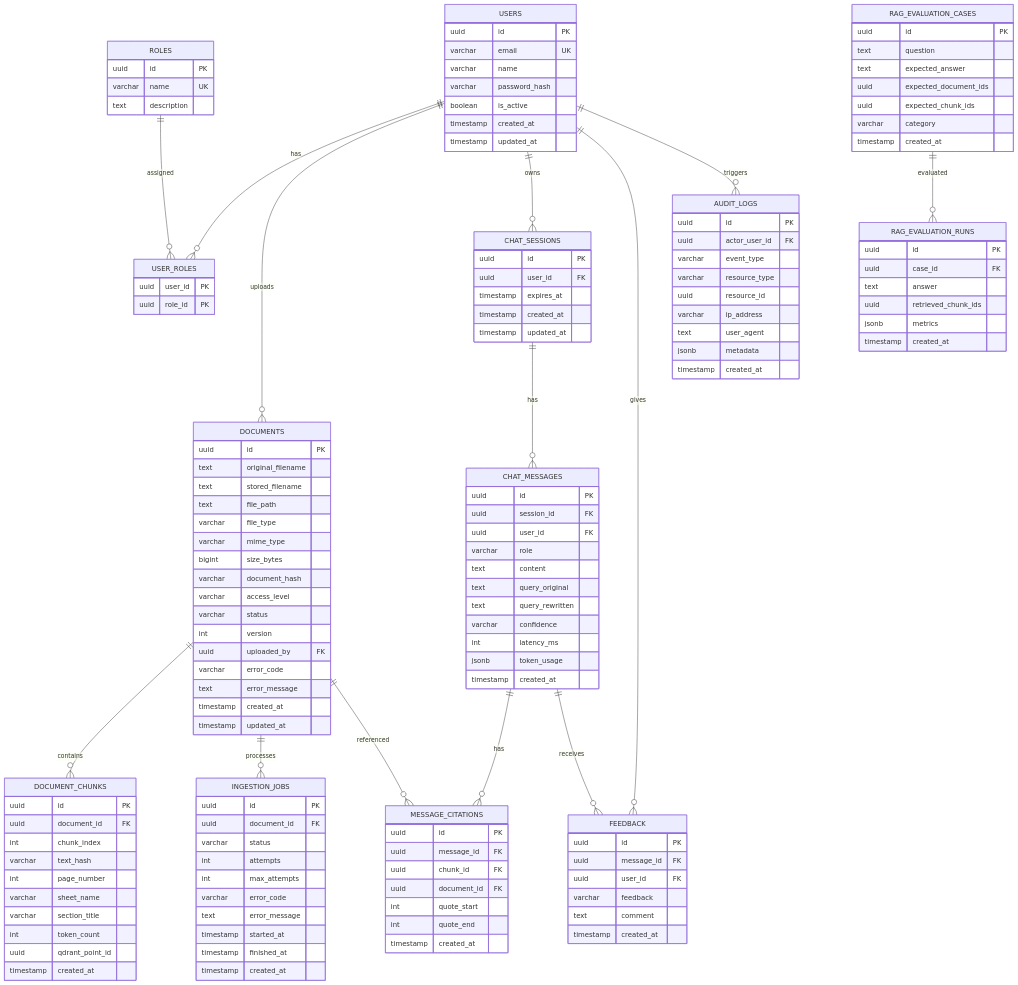
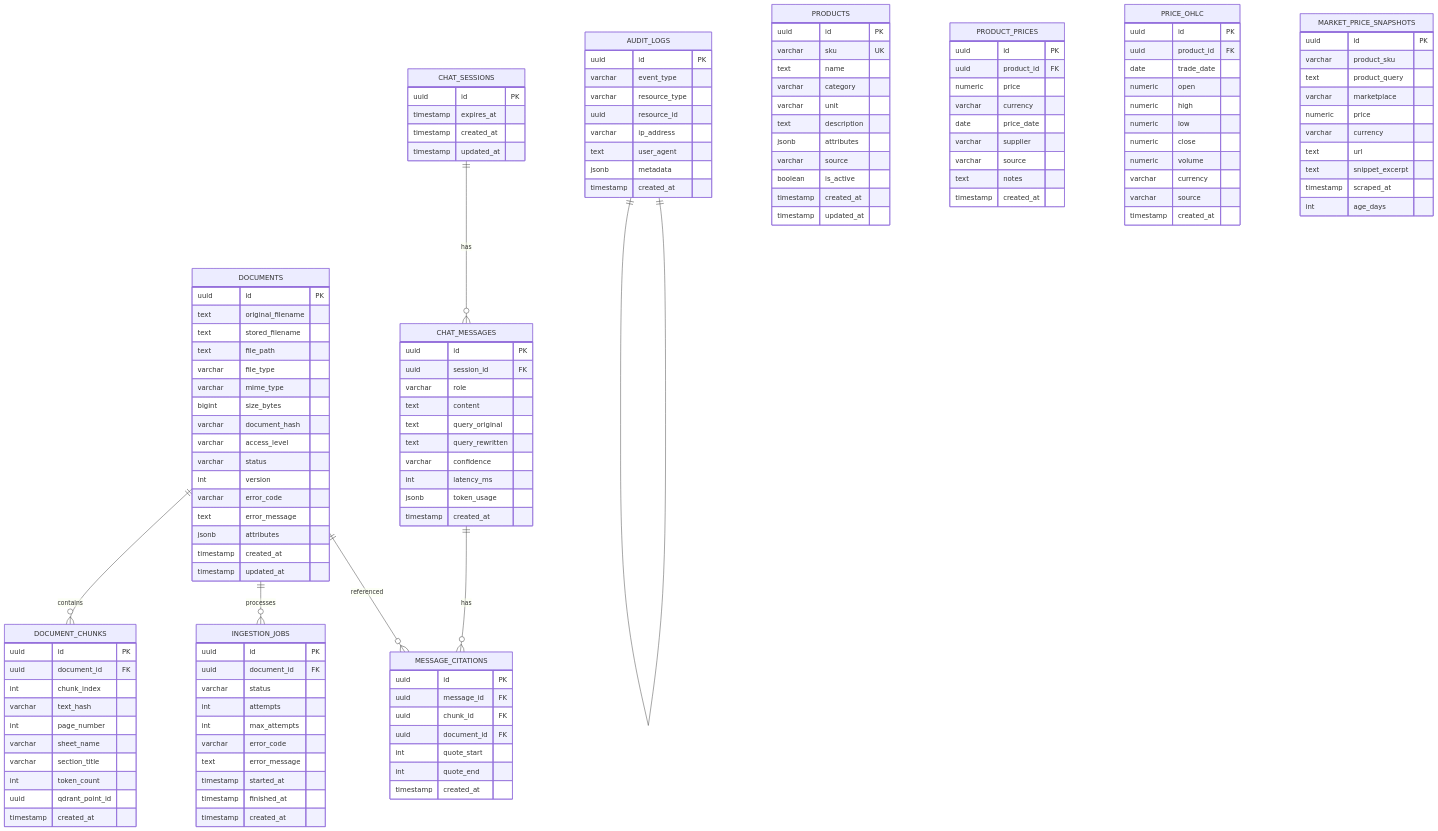
The eighth of 8 diagrams in README.md (zidanbrilliant/chatbot-rag), drawn with Mermaid before and after one commit. The commit also changed other lines of this file, not shown here.

First line of the commit message:
docs: sync README with post-audit codebase

````diff
--- a/README.md
+++ b/README.md
@@ -353,37 +347,12 @@
 ```mermaid
 erDiagram
-    USERS ||--o{ USER_ROLES : has
-    ROLES ||--o{ USER_ROLES : assigned
-    USERS ||--o{ DOCUMENTS : uploads
-    USERS ||--o{ CHAT_SESSIONS : owns
-    USERS ||--o{ FEEDBACK : gives
-    USERS ||--o{ AUDIT_LOGS : triggers
     DOCUMENTS ||--o{ DOCUMENT_CHUNKS : contains
     DOCUMENTS ||--o{ INGESTION_JOBS : processes
     DOCUMENTS ||--o{ MESSAGE_CITATIONS : referenced
     CHAT_SESSIONS ||--o{ CHAT_MESSAGES : has
     CHAT_MESSAGES ||--o{ MESSAGE_CITATIONS : has
-    CHAT_MESSAGES ||--o{ FEEDBACK : receives
-    RAG_EVALUATION_CASES ||--o{ RAG_EVALUATION_RUNS : evaluated
+    AUDIT_LOGS ||--|| AUDIT_LOGS : ""
 
-    USERS {
-        uuid id PK
-        varchar email UK
-        varchar name
-        varchar password_hash
-        boolean is_active
-        timestamp created_at
-        timestamp updated_at
-    }
-    ROLES {
-        uuid id PK
-        varchar name UK
-        text description
-    }
-    USER_ROLES {
-        uuid user_id PK
-        uuid role_id PK
-    }
     DOCUMENTS {
         uuid id PK
         text original_filename
@@ -396,9 +365,9 @@
         varchar access_level
         varchar status
         int version
-        uuid uploaded_by FK
         varchar error_code
         text error_message
+        jsonb attributes
         timestamp created_at
         timestamp updated_at
     }
@@ -428,7 +397,6 @@
     }
     CHAT_SESSIONS {
         uuid id PK
-        uuid user_id FK
         timestamp expires_at
         timestamp created_at
         timestamp updated_at
@@ -436,7 +404,6 @@
     CHAT_MESSAGES {
         uuid id PK
         uuid session_id FK
-        uuid user_id FK
         varchar role
         text content
         text query_original
@@ -455,17 +422,8 @@
         int quote_end
         timestamp created_at
     }
-    FEEDBACK {
-        uuid id PK
-        uuid message_id FK
-        uuid user_id FK
-        varchar feedback
-        text comment
-        timestamp created_at
-    }
     AUDIT_LOGS {
         uuid id PK
-        uuid actor_user_id FK
         varchar event_type
         varchar resource_type
         uuid resource_id
@@ -474,21 +432,53 @@
         jsonb metadata
         timestamp created_at
     }
-    RAG_EVALUATION_CASES {
+    PRODUCTS {
         uuid id PK
-        text question
-        text expected_answer
-        uuid expected_document_ids
-        uuid expected_chunk_ids
+        varchar sku UK
+        text name
         varchar category
+        varchar unit
+        text description
+        jsonb attributes
+        varchar source
+        boolean is_active
+        timestamp created_at
+        timestamp updated_at
+    }
+    PRODUCT_PRICES {
+        uuid id PK
+        uuid product_id FK
+        numeric price
+        varchar currency
+        date price_date
+        varchar supplier
+        varchar source
+        text notes
         timestamp created_at
     }
-    RAG_EVALUATION_RUNS {
+    PRICE_OHLC {
         uuid id PK
-        uuid case_id FK
-        text answer
-        uuid retrieved_chunk_ids
-        jsonb metrics
+        uuid product_id FK
+        date trade_date
+        numeric open
+        numeric high
+        numeric low
+        numeric close
+        numeric volume
+        varchar currency
+        varchar source
         timestamp created_at
     }
+    MARKET_PRICE_SNAPSHOTS {
+        uuid id PK
+        varchar product_sku
+        text product_query
+        varchar marketplace
+        numeric price
+        varchar currency
+        text url
+        text snippet_excerpt
+        timestamp scraped_at
+        int age_days
+    }
 ```
````
